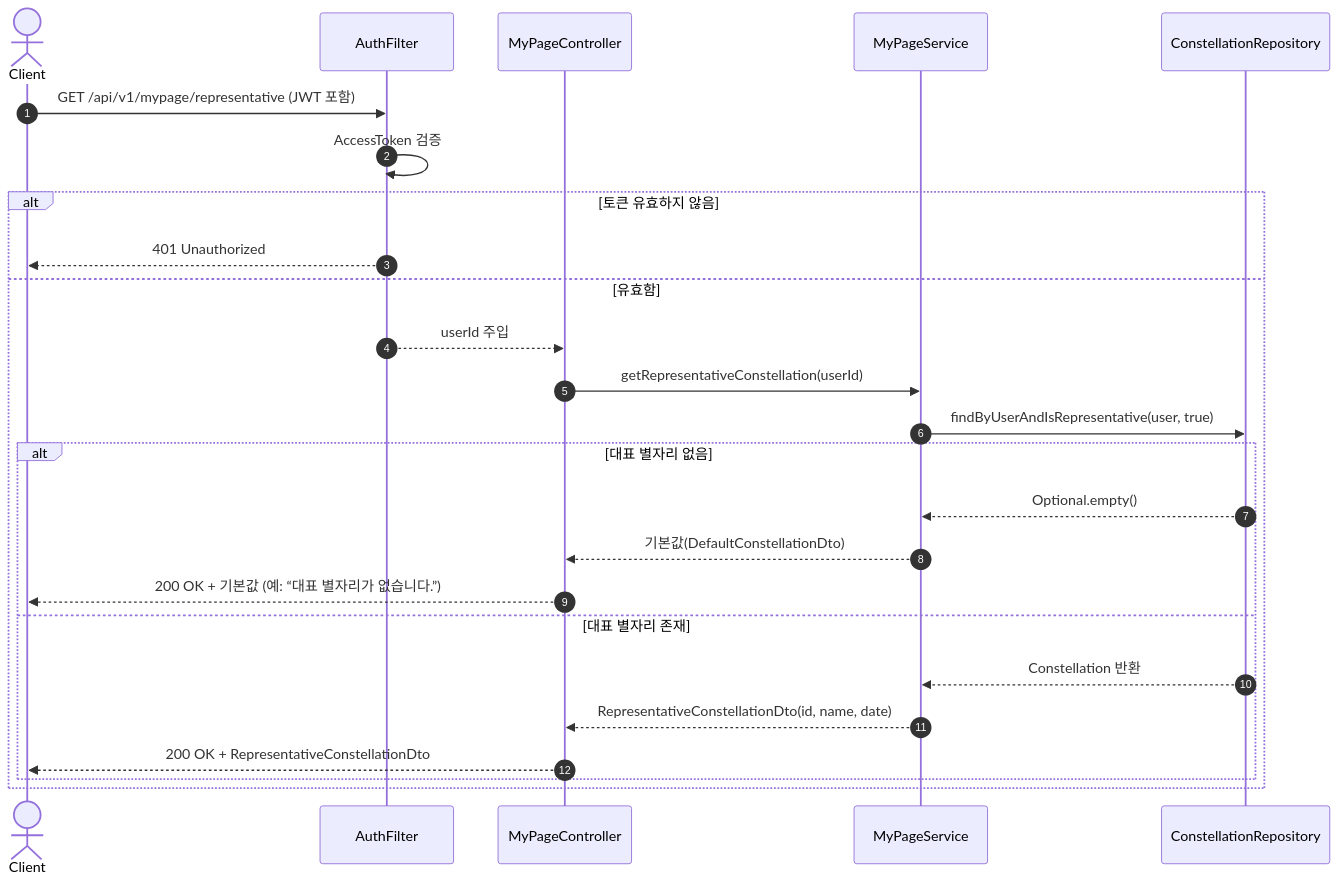
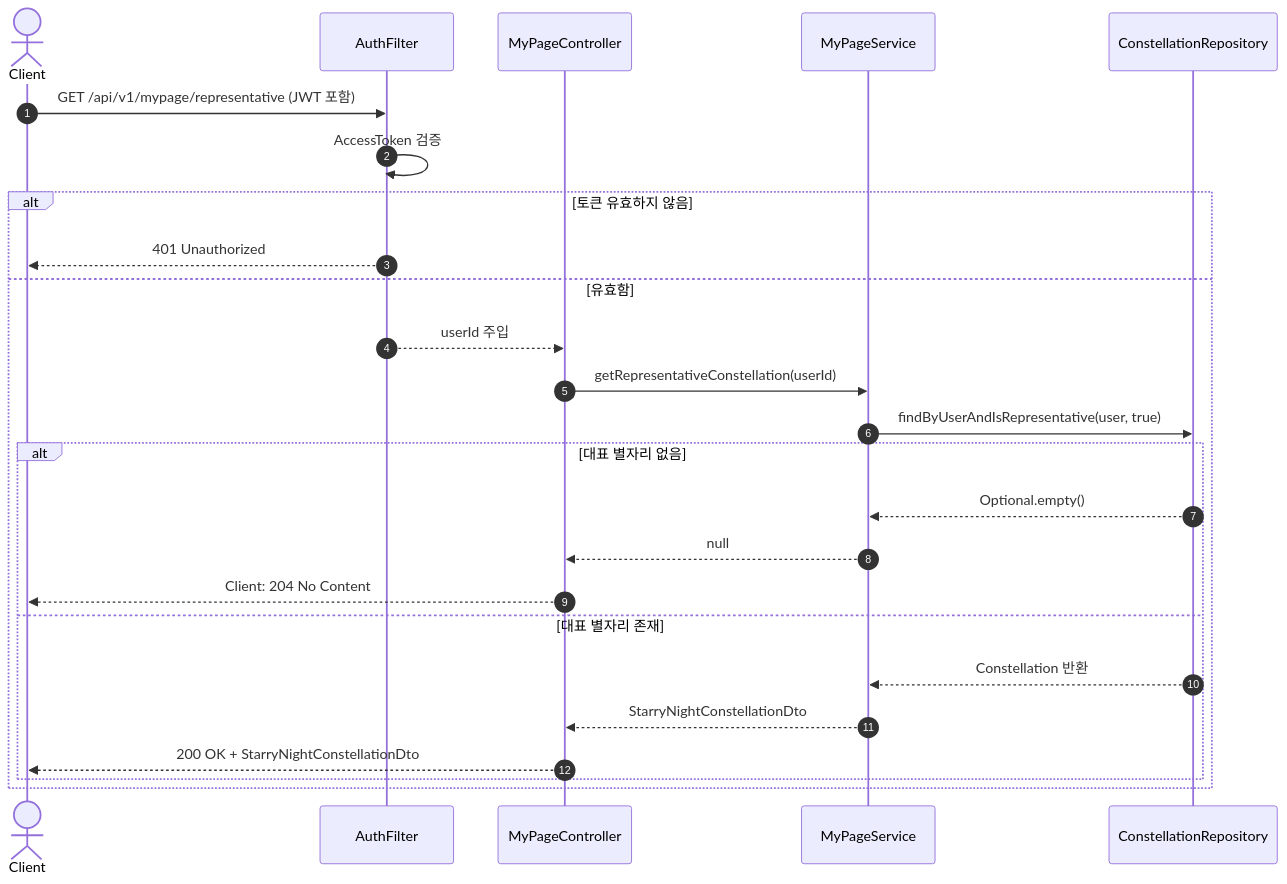
Diagram 24 of 36 in SDS/4_Sequence_diagram.md (2025-YU-SE-Project/Starlet_doc), drawn with Mermaid before and after one commit. The commit also changed other lines of this file, not shown here.

Commit message:
[UPDATE] 시퀀스 다이어그램

````diff
--- a/SDS/4_Sequence_diagram.md
+++ b/SDS/4_Sequence_diagram.md
@@ -1786,28 +1739,28 @@
 ```mermaid
 sequenceDiagram
     autonumber
     actor Client as Client
     participant AF as AuthFilter
     participant MPC as MyPageController
     participant MPS as MyPageService
     participant CR as ConstellationRepository
 
     Client->>AF: GET /api/v1/mypage/representative (JWT 포함)
     AF->>AF: AccessToken 검증
     alt 토큰 유효하지 않음
         AF-->>Client: 401 Unauthorized
     else 유효함
         AF-->>MPC: userId 주입
         MPC->>MPS: getRepresentativeConstellation(userId)
         MPS->>CR: findByUserAndIsRepresentative(user, true)
         alt 대표 별자리 없음
             CR-->>MPS: Optional.empty()
-            MPS-->>MPC: 기본값(DefaultConstellationDto)
-            MPC-->>Client: 200 OK + 기본값 (예: “대표 별자리가 없습니다.”)
+            MPS-->>MPC: null
+            MPC-->>Client: Client: 204 No Content
         else 대표 별자리 존재
             CR-->>MPS: Constellation 반환
-            MPS-->>MPC: RepresentativeConstellationDto(id, name, date)
-            MPC-->>Client: 200 OK + RepresentativeConstellationDto
+            MPS-->>MPC: StarryNightConstellationDto
+            MPC-->>Client: 200 OK + StarryNightConstellationDto
         end
     end
 ```
````
